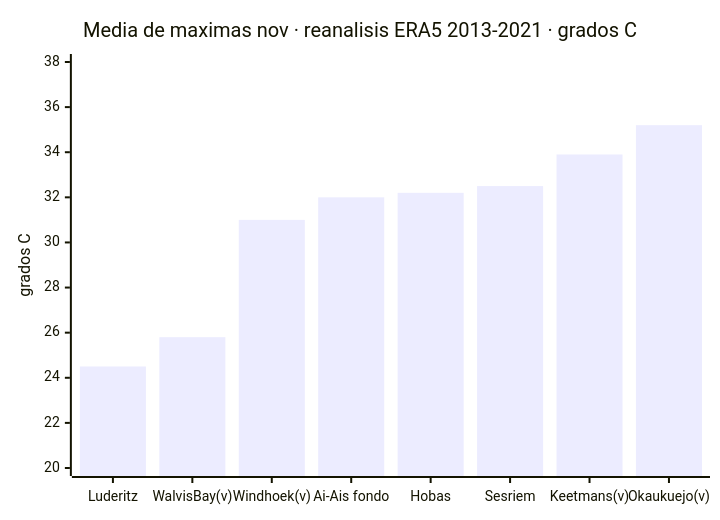
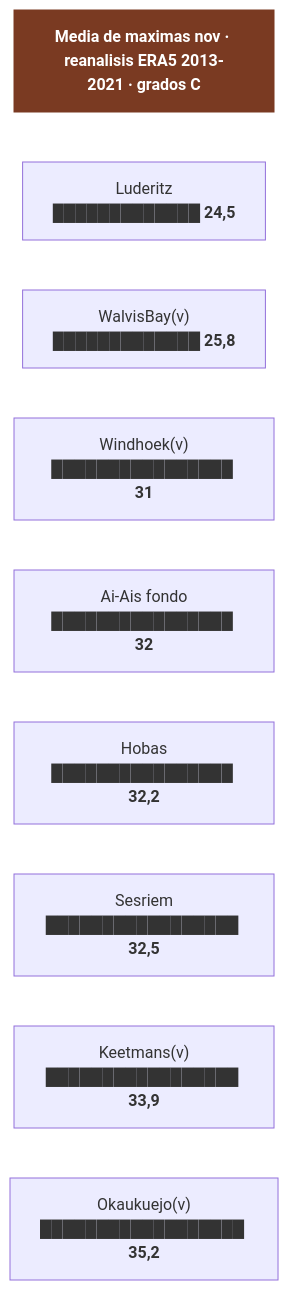
The fourth of 7 diagrams in 08-huecos-cerrados.md (morandeirachema/namibia), drawn with Mermaid before and after one commit. The commit also changed other lines of this file and 9 other files, not shown here.

Commit message:
Cambiar los 23 graficos xychart-beta por barras de flowchart: GitHub no renderiza los tipos beta de Mermaid

````diff
--- a/08-huecos-cerrados.md
+++ b/08-huecos-cerrados.md
@@ -389,7 +409,21 @@
 ```mermaid
-xychart-beta
-    title "Media de maximas nov · reanalisis ERA5 2013-2021 · grados C"
-    x-axis ["Luderitz", "WalvisBay(v)", "Windhoek(v)", "Ai-Ais fondo", "Hobas", "Sesriem", "Keetmans(v)", "Okaukuejo(v)"]
-    y-axis "grados C" 20 --> 38
-    bar [24.5, 25.8, 31.0, 32.0, 32.2, 32.5, 33.9, 35.2]
+flowchart TD
+    T["<b>Media de maximas nov · reanalisis ERA5 2013-2021 · grados C</b>"]
+    n0["Luderitz<br/>█████████████ <b>24,5</b>"]
+    n1["WalvisBay(v)<br/>█████████████ <b>25,8</b>"]
+    n2["Windhoek(v)<br/>████████████████ <b>31</b>"]
+    n3["Ai-Ais fondo<br/>████████████████ <b>32</b>"]
+    n4["Hobas<br/>████████████████ <b>32,2</b>"]
+    n5["Sesriem<br/>█████████████████ <b>32,5</b>"]
+    n6["Keetmans(v)<br/>█████████████████ <b>33,9</b>"]
+    n7["Okaukuejo(v)<br/>██████████████████ <b>35,2</b>"]
+    T ~~~ n0
+    n0 ~~~ n1
+    n1 ~~~ n2
+    n2 ~~~ n3
+    n3 ~~~ n4
+    n4 ~~~ n5
+    n5 ~~~ n6
+    n6 ~~~ n7
+    style T fill:#7a3a22,color:#fff,stroke:#7a3a22
 ```
````
